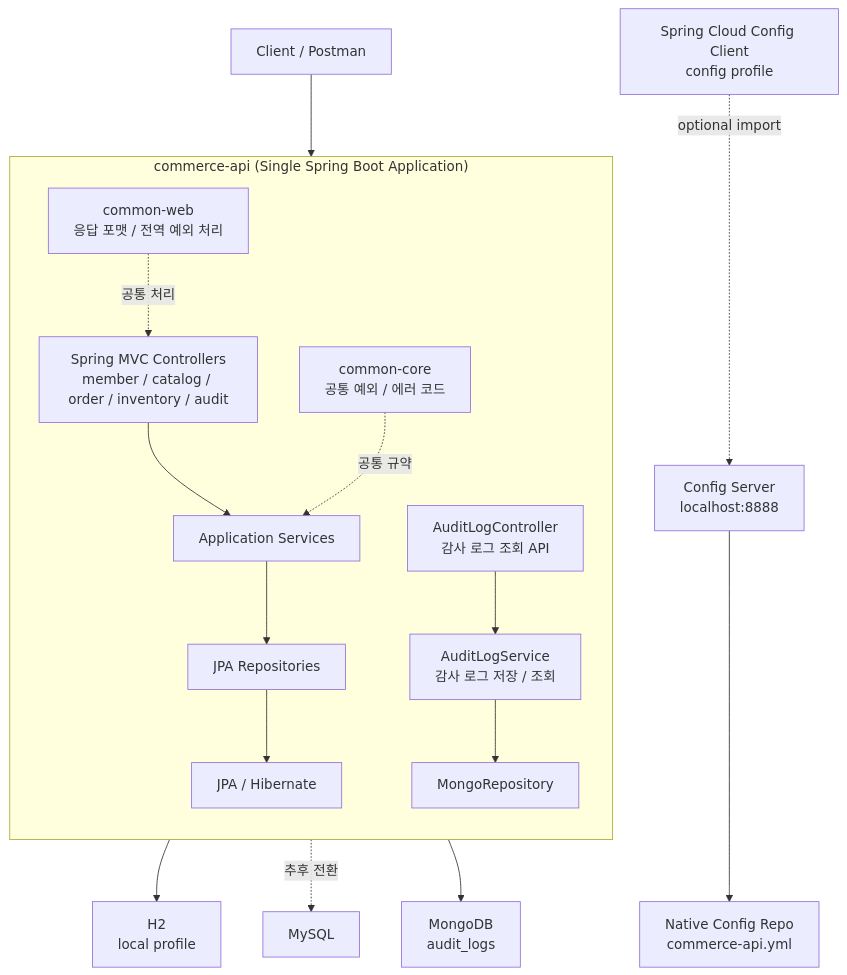
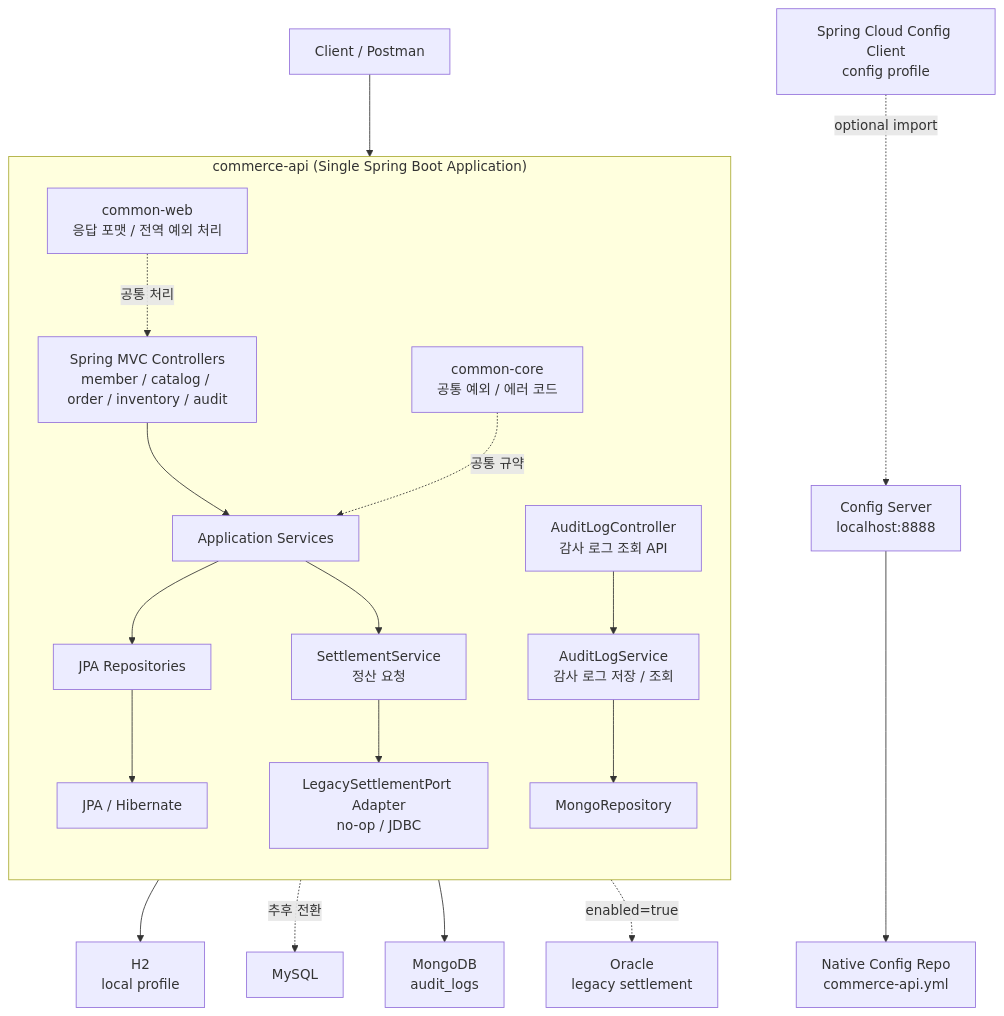
The second of 5 diagrams in README.md (dongyongChoi/toy-commerce-platform), drawn with Mermaid before and after one commit. The commit also changed other lines of this file and 25 other files, not shown here.

````diff
--- a/README.md
+++ b/README.md
@@ -62,36 +66,41 @@
 ```mermaid
 flowchart TD
     Client["Client / Postman"] --> APP
 
     subgraph APP["commerce-api (Single Spring Boot Application)"]
         direction TD
 
         Controller["Spring MVC Controllers<br/>member / catalog / order / inventory / audit"]
         Service["Application Services"]
         Repository["JPA Repositories"]
         ORM["JPA / Hibernate"]
         AuditController["AuditLogController<br/>감사 로그 조회 API"]
         AuditService["AuditLogService<br/>감사 로그 저장 / 조회"]
         MongoRepository["MongoRepository"]
+        SettlementService["SettlementService<br/>정산 요청"]
+        LegacySettlementAdapter["LegacySettlementPort Adapter<br/>no-op / JDBC"]
 
         Controller --> Service
         Service --> Repository
         Repository --> ORM
         AuditController --> AuditService
         AuditService --> MongoRepository
+        Service --> SettlementService
+        SettlementService --> LegacySettlementAdapter
 
         CommonWeb["common-web<br/>응답 포맷 / 전역 예외 처리"]
         CommonCore["common-core<br/>공통 예외 / 에러 코드"]
 
         CommonWeb -. 공통 처리 .-> Controller
         CommonCore -. 공통 규약 .-> Service
     end
 
     ORM --> H2["H2<br/>local profile"]
     ORM -. 추후 전환 .-> MySQL["MySQL"]
     MongoRepository --> MongoDB["MongoDB<br/>audit_logs"]
+    LegacySettlementAdapter -. enabled=true .-> Oracle["Oracle<br/>legacy settlement"]
 
     ConfigClient["Spring Cloud Config Client<br/>config profile"]
     ConfigClient -. optional import .-> ConfigServer["Config Server<br/>localhost:8888"]
     ConfigServer --> ConfigRepo["Native Config Repo<br/>commerce-api.yml"]
 ```
````
